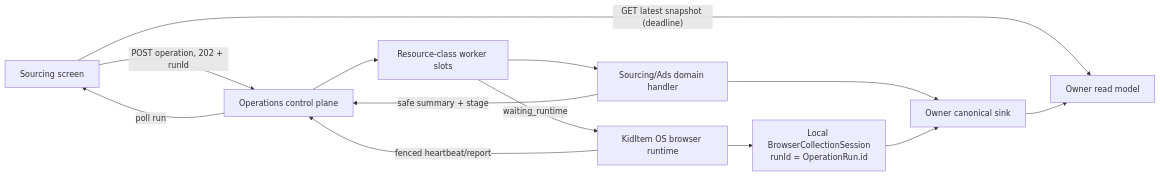
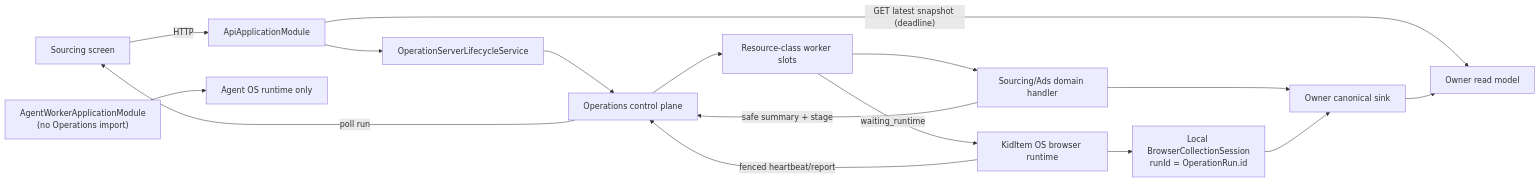
The diagram in docs/superpowers/specs/2026-08-13-sourcing-long-running-operations-design.md (AgentFoundry-Labs/kiditem), drawn with Mermaid before and after one commit. The commit also changed other lines of this file, not shown here.

Commit message:
docs: bind operations to API lifecycle

````diff
--- a/docs/superpowers/specs/2026-08-13-sourcing-long-running-operations-design.md
+++ b/docs/superpowers/specs/2026-08-13-sourcing-long-running-operations-design.md
@@ -210,15 +261,18 @@
 ```mermaid
 flowchart LR
-  UI["Sourcing screen"] -->|"GET latest snapshot (deadline)"| Read["Owner read model"]
-  UI -->|"POST operation, 202 + runId"| Ops["Operations control plane"]
+  UI["Sourcing screen"] -->|"HTTP"| API["ApiApplicationModule"]
+  API --> Gate["OperationServerLifecycleService"]
+  Gate --> Ops["Operations control plane"]
+  API -->|"GET latest snapshot (deadline)"| Read["Owner read model"]
   Ops --> Lane["Resource-class worker slots"]
   Lane --> Domain["Sourcing/Ads domain handler"]
   Lane -->|"waiting_runtime"| Browser["KidItem OS browser runtime"]
   Browser --> Session["Local BrowserCollectionSession\nrunId = OperationRun.id"]
   Domain --> Sink["Owner canonical sink"]
   Session --> Sink
   Domain -->|"safe summary + stage"| Ops
   Browser -->|"fenced heartbeat/report"| Ops
   Ops -->|"poll run"| UI
   Sink --> Read
+  AgentRoot["AgentWorkerApplicationModule\n(no Operations import)"] --> AgentOS["Agent OS runtime only"]
 ```
````
